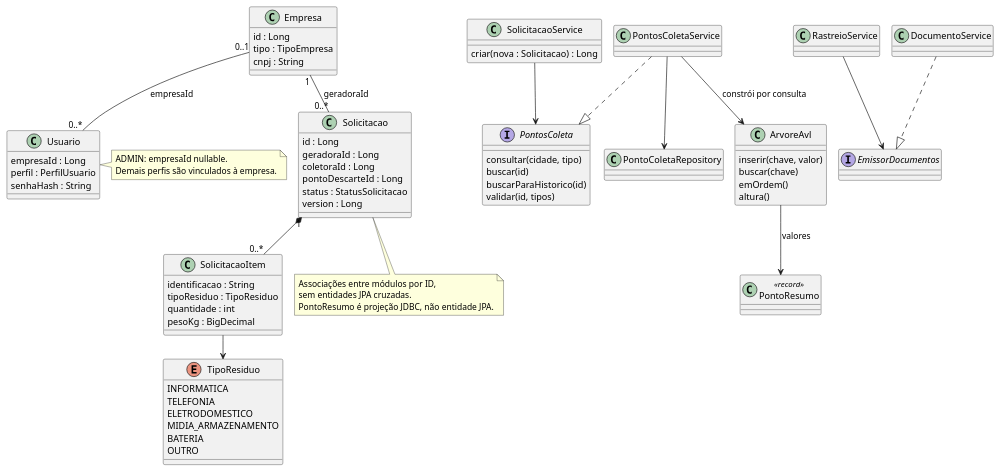
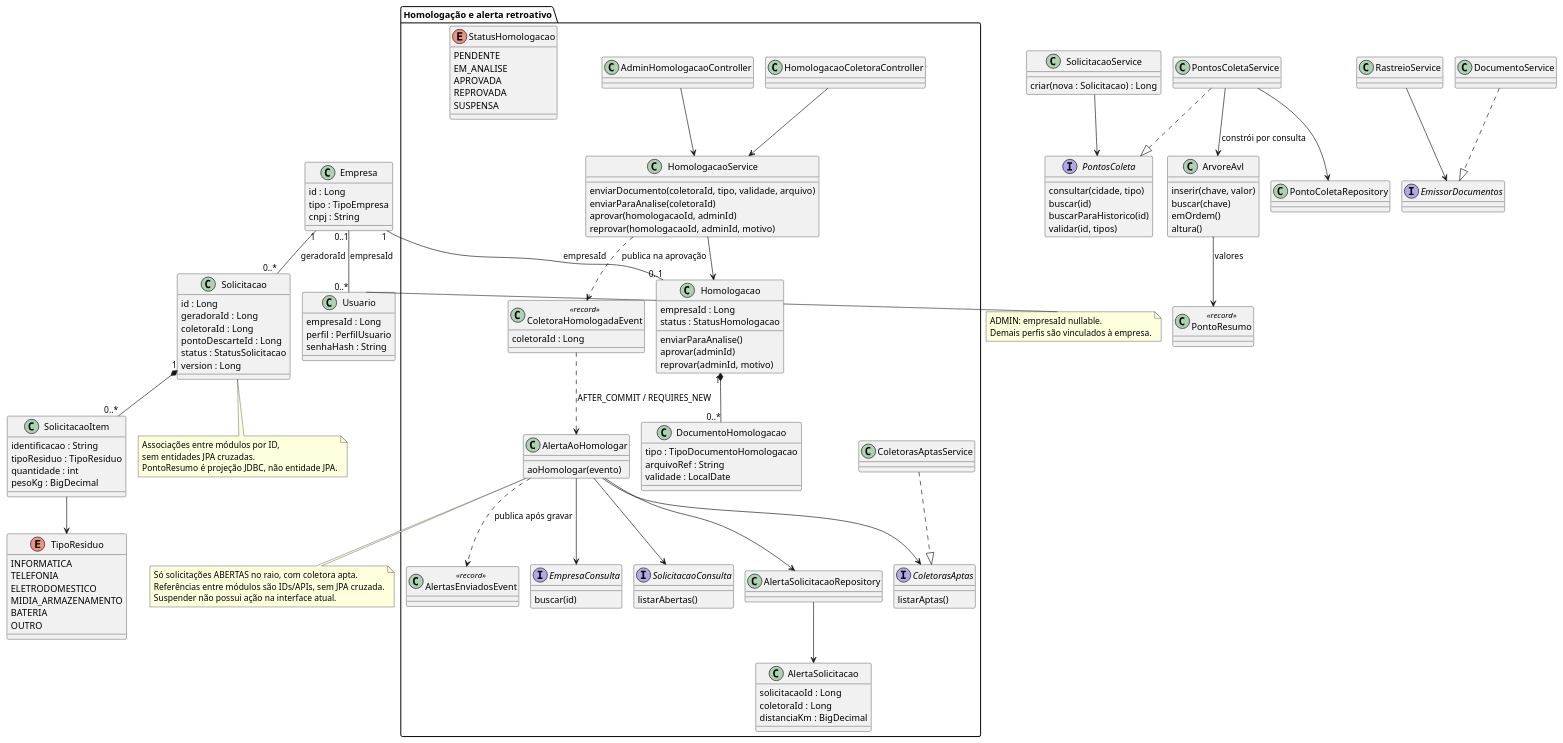
One commit to mmsxdev/plataforma-ewaste changed the diagram in docs/uml/classes.puml. Above: the diagram before and after it, drawn with PlantUML. The commit also changed 54 other files, not shown here.

Commit message:
docs(design): atualiza homologação, UML e revisão ABNT

```diff
--- a/docs/uml/classes.puml
+++ b/docs/uml/classes.puml
@@ -1,77 +1,148 @@
 @startuml
 !pragma layout smetana
 skinparam classAttributeIconSize 0
 class Empresa {
   id : Long
   tipo : TipoEmpresa
   cnpj : String
 }
 class Usuario {
   empresaId : Long
   perfil : PerfilUsuario
   senhaHash : String
 }
 class Solicitacao {
   id : Long
   geradoraId : Long
   coletoraId : Long
   pontoDescarteId : Long
   status : StatusSolicitacao
   version : Long
 }
 class SolicitacaoItem {
   identificacao : String
   tipoResiduo : TipoResiduo
   quantidade : int
   pesoKg : BigDecimal
 }
 enum TipoResiduo {
   INFORMATICA
   TELEFONIA
   ELETRODOMESTICO
   MIDIA_ARMAZENAMENTO
   BATERIA
   OUTRO
 }
 interface PontosColeta {
   consultar(cidade, tipo)
   buscar(id)
   buscarParaHistorico(id)
   validar(id, tipos)
 }
 class PontoResumo <<record>>
 class PontosColetaService
 class PontoColetaRepository
 class ArvoreAvl {
   inserir(chave, valor)
   buscar(chave)
   emOrdem()
   altura()
 }
 class SolicitacaoService {
   criar(nova : Solicitacao) : Long
 }
 class RastreioService
 interface EmissorDocumentos
 class DocumentoService
 Empresa "0..1" -- "0..*" Usuario : empresaId
 Empresa "1" -- "0..*" Solicitacao : geradoraId
 Solicitacao "1" *-- "0..*" SolicitacaoItem
 SolicitacaoItem --> TipoResiduo
 SolicitacaoService --> PontosColeta
 PontosColetaService ..|> PontosColeta
 PontosColetaService --> PontoColetaRepository
 PontosColetaService --> ArvoreAvl : constrói por consulta
 ArvoreAvl --> PontoResumo : valores
 RastreioService --> EmissorDocumentos
 DocumentoService ..|> EmissorDocumentos
 note right of Usuario
 ADMIN: empresaId nullable.
 Demais perfis são vinculados à empresa.
 end note
 note bottom of Solicitacao
 Associações entre módulos por ID,
 sem entidades JPA cruzadas.
 PontoResumo é projeção JDBC, não entidade JPA.
 end note
+package "Homologação e alerta retroativo" {
+  class Homologacao {
+    empresaId : Long
+    status : StatusHomologacao
+    enviarParaAnalise()
+    aprovar(adminId)
+    reprovar(adminId, motivo)
+  }
+  class DocumentoHomologacao {
+    tipo : TipoDocumentoHomologacao
+    arquivoRef : String
+    validade : LocalDate
+  }
+  class HomologacaoColetoraController
+  class AdminHomologacaoController
+  class HomologacaoService {
+    enviarDocumento(coletoraId, tipo, validade, arquivo)
+    enviarParaAnalise(coletoraId)
+    aprovar(homologacaoId, adminId)
+    reprovar(homologacaoId, adminId, motivo)
+  }
+  interface ColetorasAptas {
+    listarAptas()
+  }
+  enum StatusHomologacao {
+    PENDENTE
+    EM_ANALISE
+    APROVADA
+    REPROVADA
+    SUSPENSA
+  }
+  interface EmpresaConsulta {
+    buscar(id)
+  }
+  class ColetorasAptasService
+  class ColetoraHomologadaEvent <<record>> {
+    coletoraId : Long
+  }
+  class AlertaAoHomologar {
+    aoHomologar(evento)
+  }
+  interface SolicitacaoConsulta {
+    listarAbertas()
+  }
+  class AlertaSolicitacaoRepository
+  class AlertaSolicitacao {
+    solicitacaoId : Long
+    coletoraId : Long
+    distanciaKm : BigDecimal
+  }
+  class AlertasEnviadosEvent <<record>>
+  Homologacao "1" *-- "0..*" DocumentoHomologacao
+  HomologacaoColetoraController --> HomologacaoService
+  AdminHomologacaoController --> HomologacaoService
+  HomologacaoService --> Homologacao
+  HomologacaoService ..> ColetoraHomologadaEvent : publica na aprovação
+  ColetorasAptasService ..|> ColetorasAptas
+  ColetoraHomologadaEvent ..> AlertaAoHomologar : AFTER_COMMIT / REQUIRES_NEW
+  AlertaAoHomologar --> EmpresaConsulta
+  AlertaAoHomologar --> ColetorasAptas
+  AlertaAoHomologar --> SolicitacaoConsulta
+  AlertaAoHomologar --> AlertaSolicitacaoRepository
+  AlertaSolicitacaoRepository --> AlertaSolicitacao
+  AlertaAoHomologar ..> AlertasEnviadosEvent : publica após gravar
+}
+Empresa "1" -- "0..1" Homologacao : empresaId
+note bottom of AlertaAoHomologar
+Só solicitações ABERTAS no raio, com coletora apta.
+Referências entre módulos são IDs/APIs, sem JPA cruzada.
+Suspender não possui ação na interface atual.
+end note
 @enduml
```
